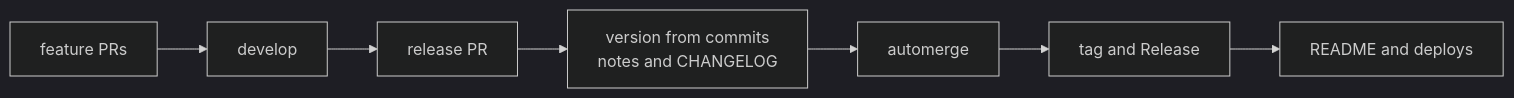
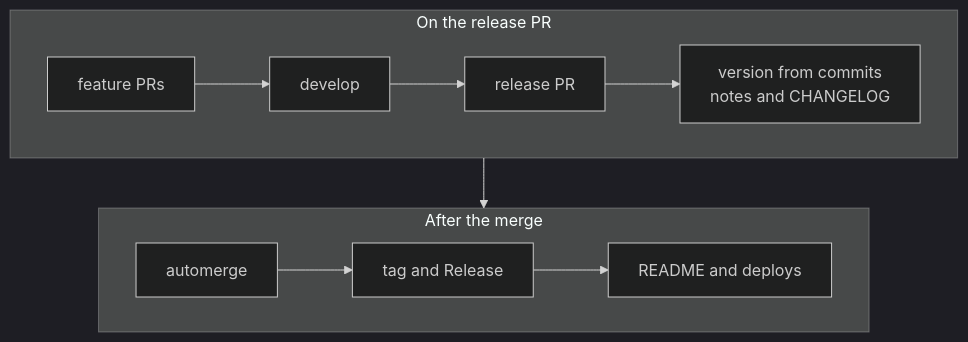
The first of 2 diagrams in README.md (Twin-Fang/project-auto-wizard), drawn with Mermaid (dark theme) before and after one commit. The commit also changed 3 other files, not shown here.

Commit message:
docs: README pr-flow 흐름도를 릴리스 PR과 머지 이후 두 줄로 나눔 (#416)

````diff
--- a/README.md
+++ b/README.md
@@ -124,4 +124,12 @@
 ```mermaid
-flowchart LR
-    A["feature PRs"] --> B["develop"] --> C["release PR"] --> D["version from commits<br/>notes and CHANGELOG"] --> E["automerge"] --> F["tag and Release"] --> G["README and deploys"]
+flowchart TD
+    subgraph S1["On the release PR"]
+        direction LR
+        A["feature PRs"] --> B["develop"] --> C["release PR"] --> D["version from commits<br/>notes and CHANGELOG"]
+    end
+    subgraph S2["After the merge"]
+        direction LR
+        E["automerge"] --> F["tag and Release"] --> G["README and deploys"]
+    end
+    D --> E
 ```
````
